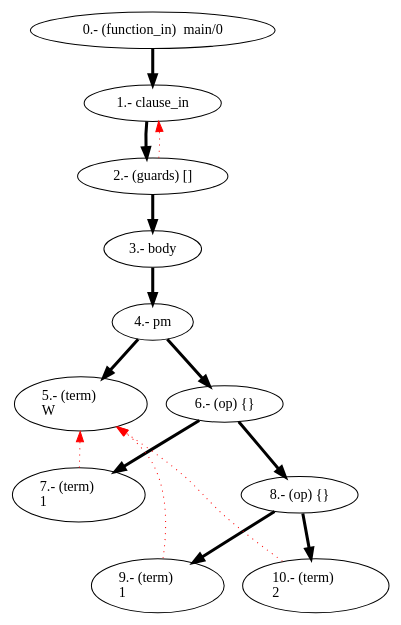
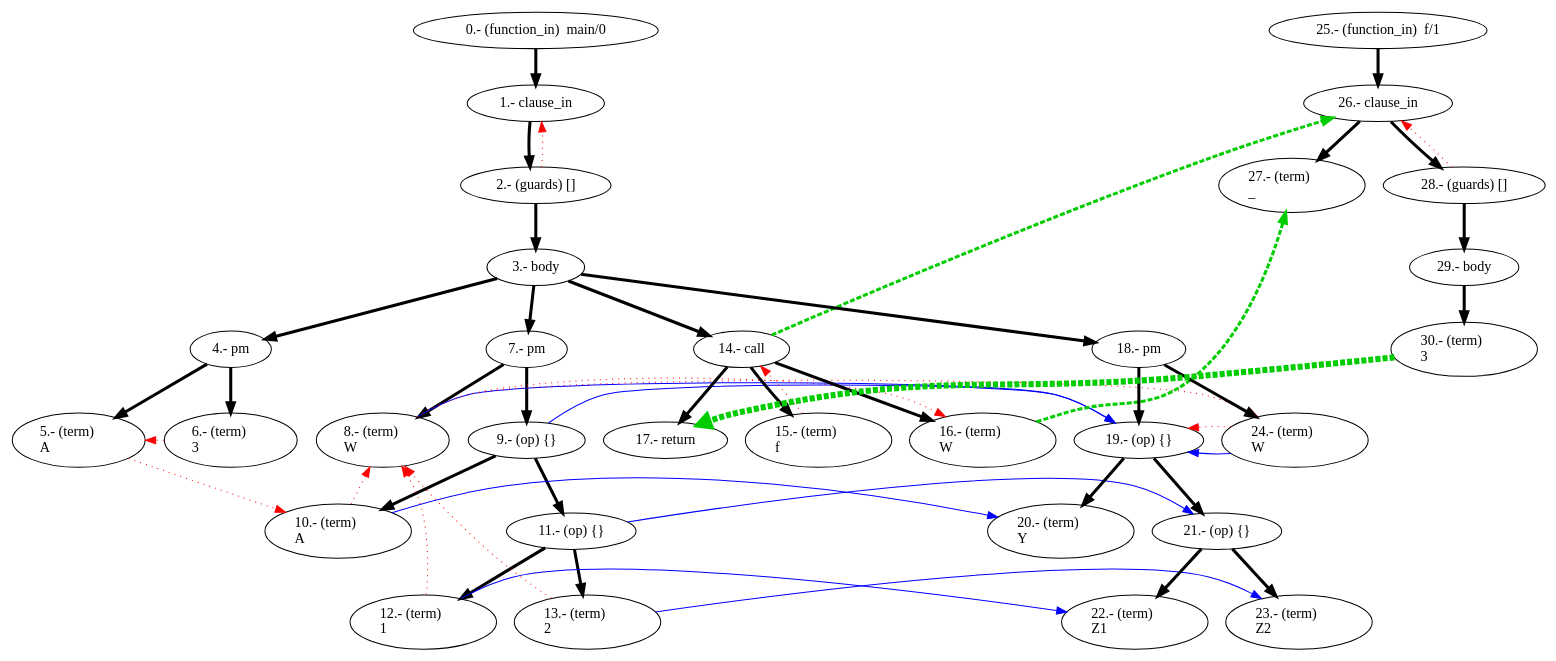
Before and after one commit to mistupv/slicerl: the diagram in temp.dot, drawn with Graphviz. The commit also changed 4 other files, not shown here.

```diff
--- a/temp.dot
+++ b/temp.dot
@@ -1,27 +1,83 @@
 digraph PDG {
 	0 [shape=ellipse, label="0.- (function_in)  main/0"];
 	1 [shape=ellipse, label="1.- clause_in"];
 	2 [shape=ellipse, label="2.- (guards) []"];
 	4 [shape=ellipse, label="4.- pm"];
-	5 [shape=ellipse, label="5.- (term)  \lW\l"];
-	6 [shape=ellipse, label="6.- (op) {}"];
-	7 [shape=ellipse, label="7.- (term)  \l1\l"];
-	8 [shape=ellipse, label="8.- (op) {}"];
-	9 [shape=ellipse, label="9.- (term)  \l1\l"];
-	10 [shape=ellipse, label="10.- (term)  \l2\l"];
+	5 [shape=ellipse, label="5.- (term)  \lA\l"];
+	6 [shape=ellipse, label="6.- (term)  \l3\l"];
+	7 [shape=ellipse, label="7.- pm"];
+	8 [shape=ellipse, label="8.- (term)  \lW\l"];
+	9 [shape=ellipse, label="9.- (op) {}"];
+	10 [shape=ellipse, label="10.- (term)  \lA\l"];
+	11 [shape=ellipse, label="11.- (op) {}"];
+	12 [shape=ellipse, label="12.- (term)  \l1\l"];
+	13 [shape=ellipse, label="13.- (term)  \l2\l"];
+	14 [shape=ellipse, label="14.- call"];
+	17 [shape=ellipse, label="17.- return"];
+	15 [shape=ellipse, label="15.- (term)  \lf\l"];
+	16 [shape=ellipse, label="16.- (term)  \lW\l"];
+	18 [shape=ellipse, label="18.- pm"];
+	19 [shape=ellipse, label="19.- (op) {}"];
+	20 [shape=ellipse, label="20.- (term)  \lY\l"];
+	21 [shape=ellipse, label="21.- (op) {}"];
+	22 [shape=ellipse, label="22.- (term)  \lZ1\l"];
+	23 [shape=ellipse, label="23.- (term)  \lZ2\l"];
+	24 [shape=ellipse, label="24.- (term)  \lW\l"];
 	3 [shape=ellipse, label="3.- body"];
-	8 -> 9 [color=black, penwidth=3];
+	25 [shape=ellipse, label="25.- (function_in)  f/1"];
+	26 [shape=ellipse, label="26.- clause_in"];
+	27 [shape=ellipse, label="27.- (term)  \l_\l"];
+	28 [shape=ellipse, label="28.- (guards) []"];
+	30 [shape=ellipse, label="30.- (term)  \l3\l"];
+	29 [shape=ellipse, label="29.- body"];
 	4 -> 5 [color=black, penwidth=3];
-	6 -> 8 [color=black, penwidth=3];
+	12 -> 8 [color=red, constraint=false, style="dotted"];
+	13 -> 8 [color=red, constraint=false, style="dotted"];
+	10 -> 20 [color=blue, penwidth=1, constraint=false];
+	3 -> 14 [color=black, penwidth=3];
+	14 -> 16 [color=black, penwidth=3];
+	11 -> 12 [color=black, penwidth=3];
+	7 -> 8 [color=black, penwidth=3];
+	8 -> 16 [color=red, constraint=false, style="dotted"];
+	19 -> 20 [color=black, penwidth=3];
 	3 -> 4 [color=black, penwidth=3];
-	6 -> 7 [color=black, penwidth=3];
+	15 -> 14 [color=red, constraint=false, style="dotted"];
+	8 -> 19 [color=blue, penwidth=1, constraint=false];
+	24 -> 19 [color=blue, penwidth=1, constraint=false];
+	24 -> 19 [color=red, constraint=false, style="dotted"];
+	3 -> 7 [color=black, penwidth=3];
+	13 -> 23 [color=blue, penwidth=1, constraint=false];
+	9 -> 19 [color=blue, penwidth=1, constraint=false];
+	9 -> 11 [color=black, penwidth=3];
+	21 -> 23 [color=black, penwidth=3];
+	14 -> 15 [color=black, penwidth=3];
+	18 -> 19 [color=black, penwidth=3];
 	2 -> 3 [color=black, penwidth=3];
+	6 -> 5 [color=red, constraint=false, style="dotted"];
 	2 -> 1 [color=red, constraint=false, style="dotted"];
-	7 -> 5 [color=red, constraint=false, style="dotted"];
-	8 -> 10 [color=black, penwidth=3];
+	12 -> 22 [color=blue, penwidth=1, constraint=false];
 	4 -> 6 [color=black, penwidth=3];
-	9 -> 5 [color=red, constraint=false, style="dotted"];
+	9 -> 10 [color=black, penwidth=3];
+	21 -> 22 [color=black, penwidth=3];
+	8 -> 24 [color=red, constraint=false, style="dotted"];
 	1 -> 2 [color=black, penwidth=3];
-	10 -> 5 [color=red, constraint=false, style="dotted"];
+	10 -> 8 [color=red, constraint=false, style="dotted"];
+	14 -> 17 [color=black, penwidth=3];
+	11 -> 21 [color=blue, penwidth=1, constraint=false];
+	3 -> 18 [color=black, penwidth=3];
+	5 -> 10 [color=red, constraint=false, style="dotted"];
+	11 -> 13 [color=black, penwidth=3];
+	7 -> 9 [color=black, penwidth=3];
+	19 -> 21 [color=black, penwidth=3];
+	18 -> 24 [color=black, penwidth=3];
+	28 -> 29 [color=black, penwidth=3];
+	26 -> 28 [color=black, penwidth=3];
+	28 -> 26 [color=red, constraint=false, style="dotted"];
+	26 -> 27 [color=black, penwidth=3];
+	29 -> 30 [color=black, penwidth=3];
+	25 -> 26 [color=black, penwidth=3];
 	0 -> 1 [color=black, penwidth=3];
+	14 -> 26 [color=green3, penwidth=3,constraint=false, style="dashed"];
+	16 -> 27 [color=green3, penwidth=3,constraint=false, style="dashed"];
+	30 -> 17 [color=green3, penwidth=6,constraint=false, style="dashed"];
 }
```
